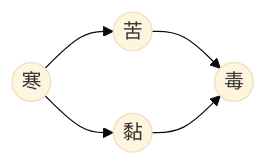
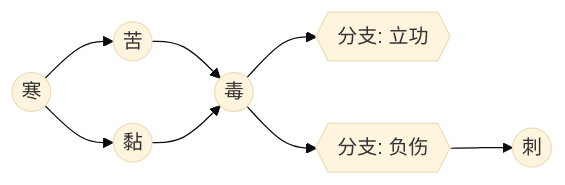
The first of 2 diagrams in wiki/BSCP/BSCP.md (LEORChn/LEORChn.github.io), drawn with Mermaid (base theme) before and after one commit. The commit also changed other lines of this file and 3 other files, not shown here.

Commit message:
毛兽百科 - BSCP v18：新增第5章《刺》相关内容，以及3张图片

````diff
--- a/wiki/BSCP/BSCP.md
+++ b/wiki/BSCP/BSCP.md
@@ -58,6 +62,6 @@
 ```mermaid
 graph LR;
-	B((苦)); S((黏)); C((寒)); P((毒));
-	C --> B --> P;
-	C --> S --> P;
+	B((苦)); S((黏)); C((寒)); P((毒));P1{{分支: 立功}};P2{{分支: 负伤}};SP((刺));
+	C --> B --> P --> P1;
+	C --> S --> P --> P2 --> SP;
 ```
````
